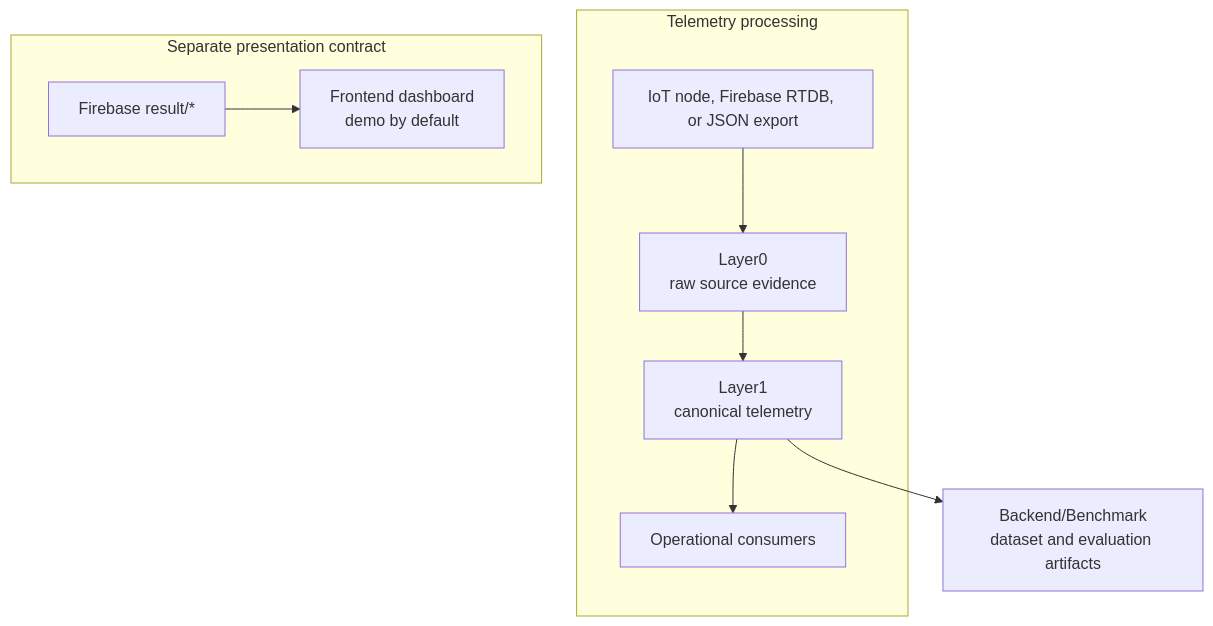
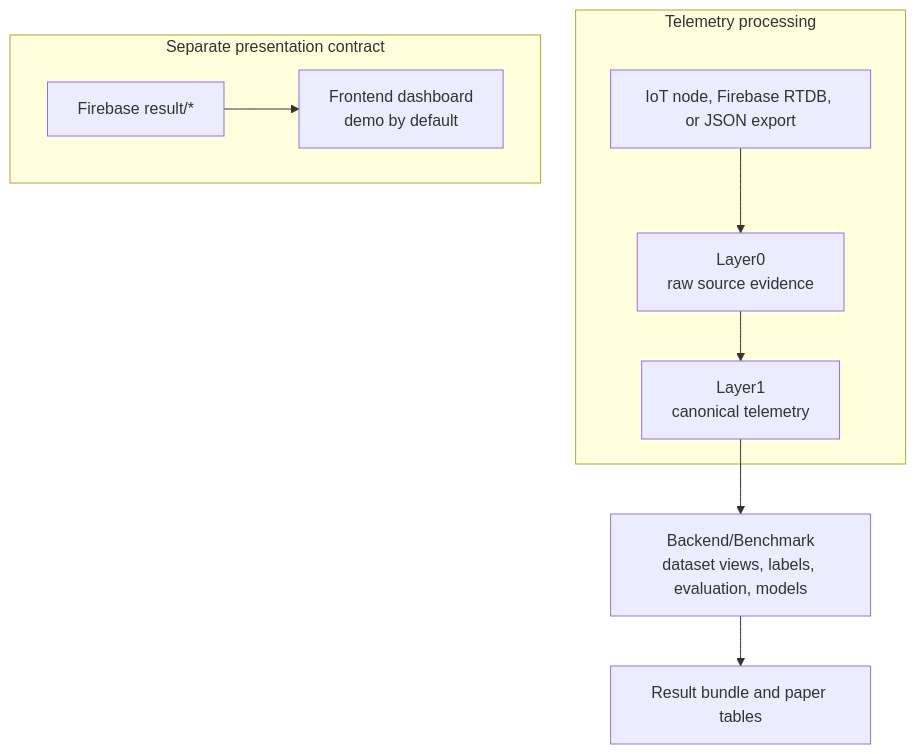
Before and after one commit to lawnguyenit/AgriFusion-IoT: the diagram in README.md, drawn with Mermaid. The commit also changed other lines of this file, not shown here.

````diff
--- a/README.md
+++ b/README.md
@@ -21,18 +54,18 @@
 ```mermaid
 flowchart TB
     subgraph telemetry[Telemetry processing]
         source[IoT node, Firebase RTDB, or JSON export]
         layer0[Layer0<br/>raw source evidence]
         layer1[Layer1<br/>canonical telemetry]
-        operational[Operational consumers]
-        source --> layer0 --> layer1 --> operational
+        source --> layer0 --> layer1
     end
 
-    layer1 --> benchmark[Backend/Benchmark<br/>dataset and evaluation artifacts]
+    layer1 --> benchmark[Backend/Benchmark<br/>dataset views, labels, evaluation, models]
+    benchmark --> bundle[Result bundle and paper tables]
 
     subgraph presentation[Separate presentation contract]
         result[Firebase result/*]
         dashboard[Frontend dashboard<br/>demo by default]
         result --> dashboard
     end
 ```
````
